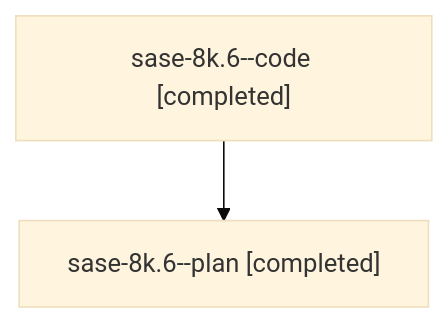
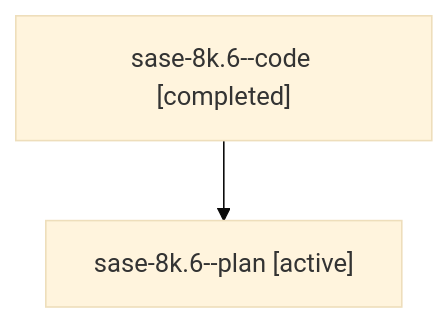
Before and after one commit to sase-org/sase--agents: the diagram in families/bbugyi200.athena.sase-8k.6.md, drawn with Mermaid (base theme). The commit also changed other lines of this file and 8679 other files, not shown here.

````diff
--- a/families/bbugyi200.athena.sase-8k.6.md
+++ b/families/bbugyi200.athena.sase-8k.6.md
@@ -9,6 +9,6 @@
 ```mermaid
 flowchart TD
   n0["sase-8k.6--code [completed]"]
-  n1["sase-8k.6--plan [completed]"]
+  n1["sase-8k.6--plan [active]"]
   n0 --> n1
 ```
````
